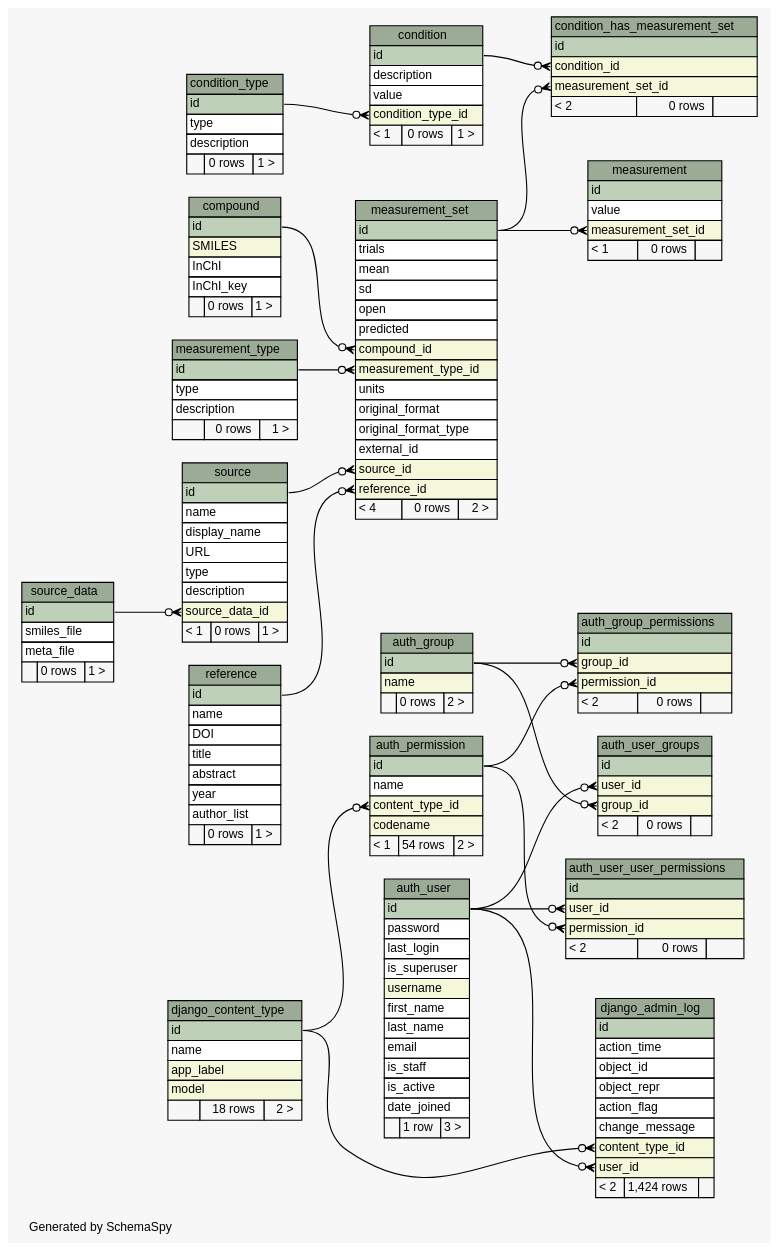
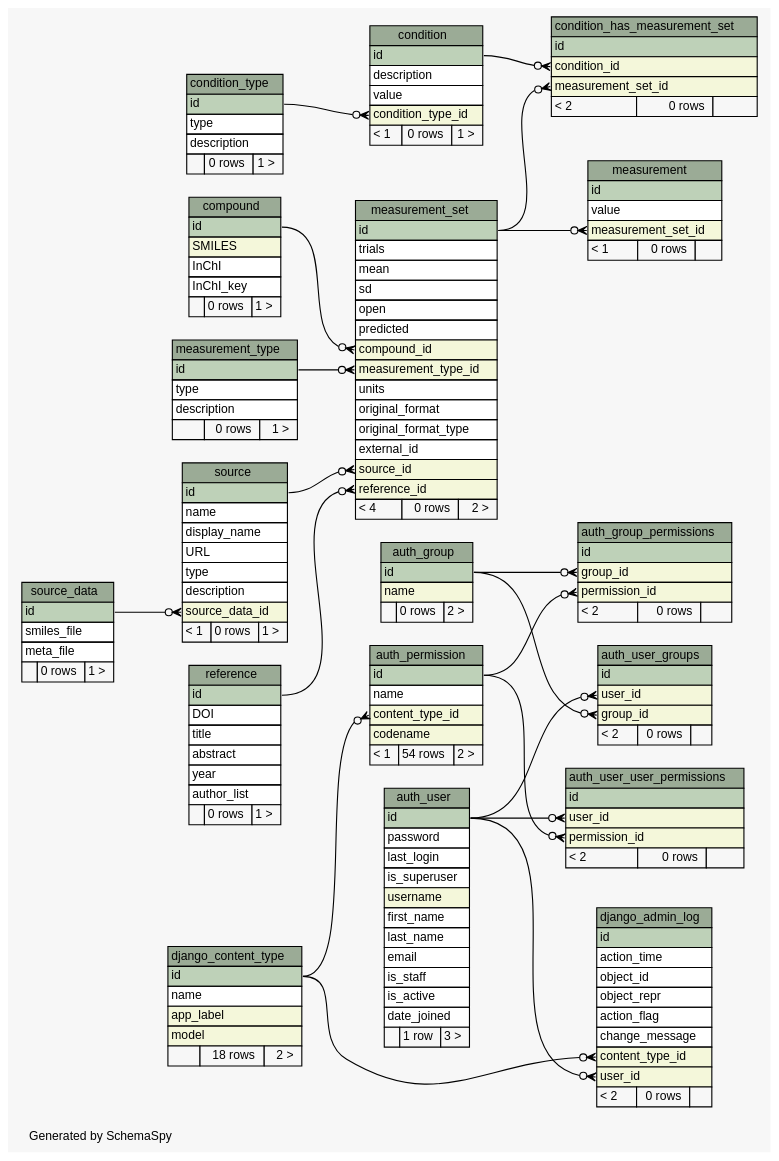
The diagram in schemaspy/output/diagrams/summary/relationships.real.large.dot (dsmurrell/smmpdb), drawn with Graphviz before and after one commit. The commit also changed 88 other files, not shown here.

```diff
--- a/schemaspy/output/diagrams/summary/relationships.real.large.dot
+++ b/schemaspy/output/diagrams/summary/relationships.real.large.dot
@@ -161,7 +161,7 @@
       <TR><TD PORT="change_message" COLSPAN="3" ALIGN="LEFT">change_message</TD></TR>
       <TR><TD PORT="content_type_id" COLSPAN="3" BGCOLOR="#f4f7da" ALIGN="LEFT">content_type_id</TD></TR>
       <TR><TD PORT="user_id" COLSPAN="3" BGCOLOR="#f4f7da" ALIGN="LEFT">user_id</TD></TR>
-      <TR><TD ALIGN="LEFT" BGCOLOR="#f7f7f7">&lt; 2</TD><TD ALIGN="RIGHT" BGCOLOR="#f7f7f7">1,424 rows</TD><TD ALIGN="RIGHT" BGCOLOR="#f7f7f7">  </TD></TR>
+      <TR><TD ALIGN="LEFT" BGCOLOR="#f7f7f7">&lt; 2</TD><TD ALIGN="RIGHT" BGCOLOR="#f7f7f7">0 rows</TD><TD ALIGN="RIGHT" BGCOLOR="#f7f7f7">  </TD></TR>
     </TABLE>>
     URL="tables/django_admin_log.html"
     tooltip="django_admin_log"
@@ -231,7 +231,6 @@
     <TABLE BORDER="0" CELLBORDER="1" CELLSPACING="0" BGCOLOR="#ffffff">
       <TR><TD COLSPAN="3" BGCOLOR="#9bab96" ALIGN="CENTER">reference</TD></TR>
       <TR><TD PORT="id" COLSPAN="3" BGCOLOR="#bed1b8" ALIGN="LEFT">id</TD></TR>
-      <TR><TD PORT="name" COLSPAN="3" ALIGN="LEFT">name</TD></TR>
       <TR><TD PORT="DOI" COLSPAN="3" ALIGN="LEFT">DOI</TD></TR>
       <TR><TD PORT="title" COLSPAN="3" ALIGN="LEFT">title</TD></TR>
       <TR><TD PORT="abstract" COLSPAN="3" ALIGN="LEFT">abstract</TD></TR>
```
